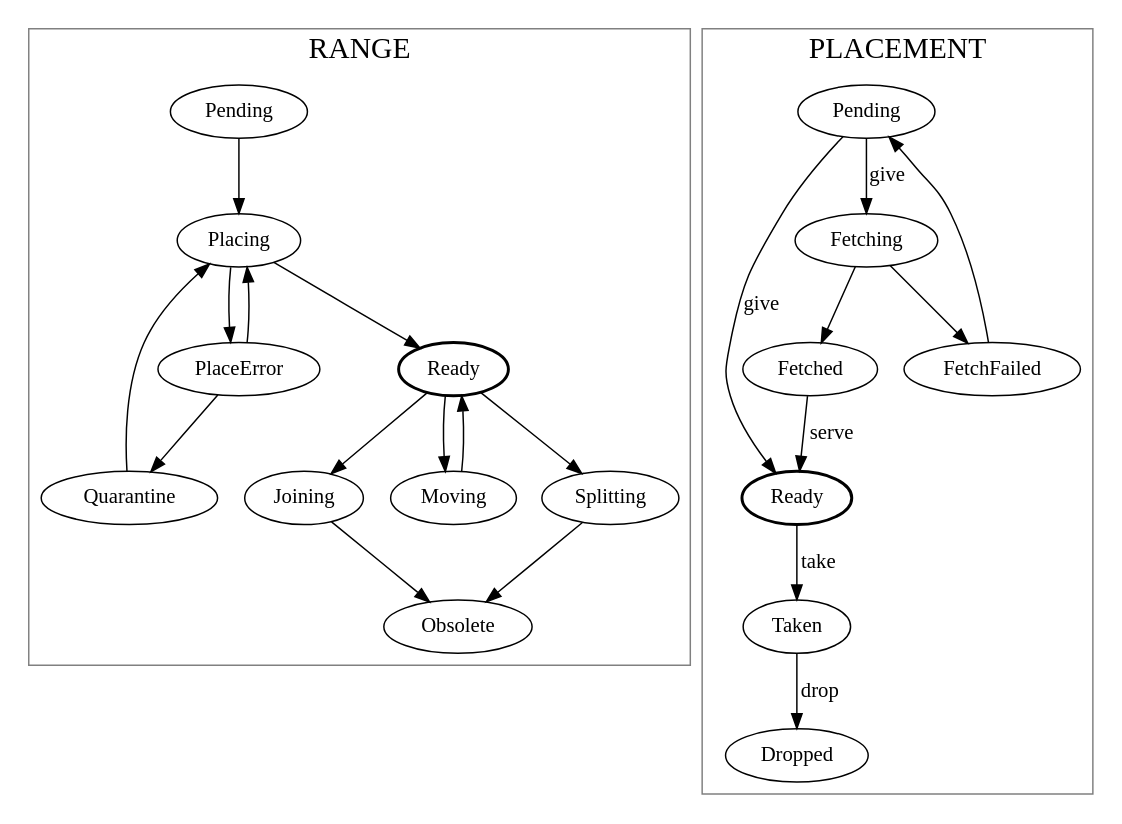
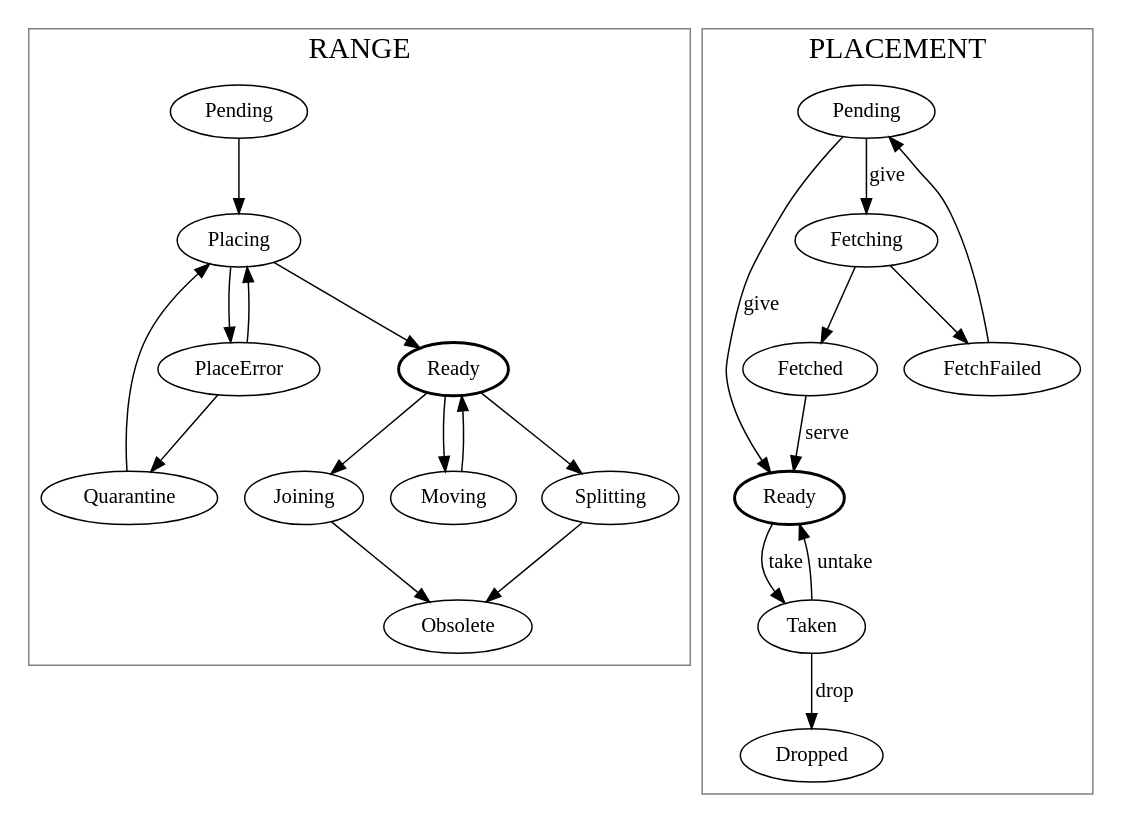
The diagram in README.md (adammck/ranger), drawn with Graphviz before and after one commit.

Commit message:
Add untake RPC to diagram

````diff
--- a/README.md
+++ b/README.md
@@ -31,57 +31,58 @@
 ```graphviz
 digraph G {
     graph [fontname="Sedgwick Ave" fontsize=20 color=grey];
     node [fontname="Handlee"];
     edge [fontname="Handlee"];
 
     subgraph cluster_0 {
         label=RANGE;
         
         Pending;
         Placing;
         PlaceError;
         Quarantine;
         Ready [penwidth=2];
         Moving;
         Splitting;
         Joining;
         Obsolete;
         
         Pending -> Placing;
         Placing -> Ready;
         Placing -> PlaceError;
         PlaceError -> Placing;
         PlaceError -> Quarantine;
         Quarantine -> Placing;
         Ready -> Moving;
         Ready -> Splitting;
         Ready -> Joining;
 
         Moving -> Ready;
 
         Splitting -> Obsolete;
         Joining -> Obsolete;
     }
 
     subgraph cluster_1 {
-        label=PLACEMENT;
+      label=PLACEMENT;
 
-        xPending [label=Pending];
-        xFetching [label=Fetching];
-        xFetched [label=Fetched];
-        xFetchFailed [label=FetchFailed];
-        xReady [label=Ready penwidth=2];
-        xTaken [label=Taken];
-        xDropped [label=Dropped];
-        
-        xPending -> xReady [label=give];
-        xPending -> xFetching [label=give];
-	    xFetching -> xFetched;
-	    xFetching -> xFetchFailed;
-	    xFetched -> xReady  [label=serve];
-	    xFetchFailed -> xPending;
-	    xReady -> xTaken [label=take];
-        xTaken -> xDropped [label=drop];
+      xPending [label=Pending];
+      xFetching [label=Fetching];
+      xFetched [label=Fetched];
+      xFetchFailed [label=FetchFailed];
+      xReady [label=Ready penwidth=2];
+      xTaken [label=Taken];
+      xDropped [label=Dropped];
+
+      xPending -> xReady [label=give];
+      xPending -> xFetching [label=give];
+      xFetching -> xFetched;
+      xFetching -> xFetchFailed;
+      xFetched -> xReady  [label=serve];
+      xFetchFailed -> xPending;
+      xReady -> xTaken [label=take];
+      xTaken -> xDropped [label=drop];
+      xTaken -> xReady [label=untake];
     }
 }
 ```
````
